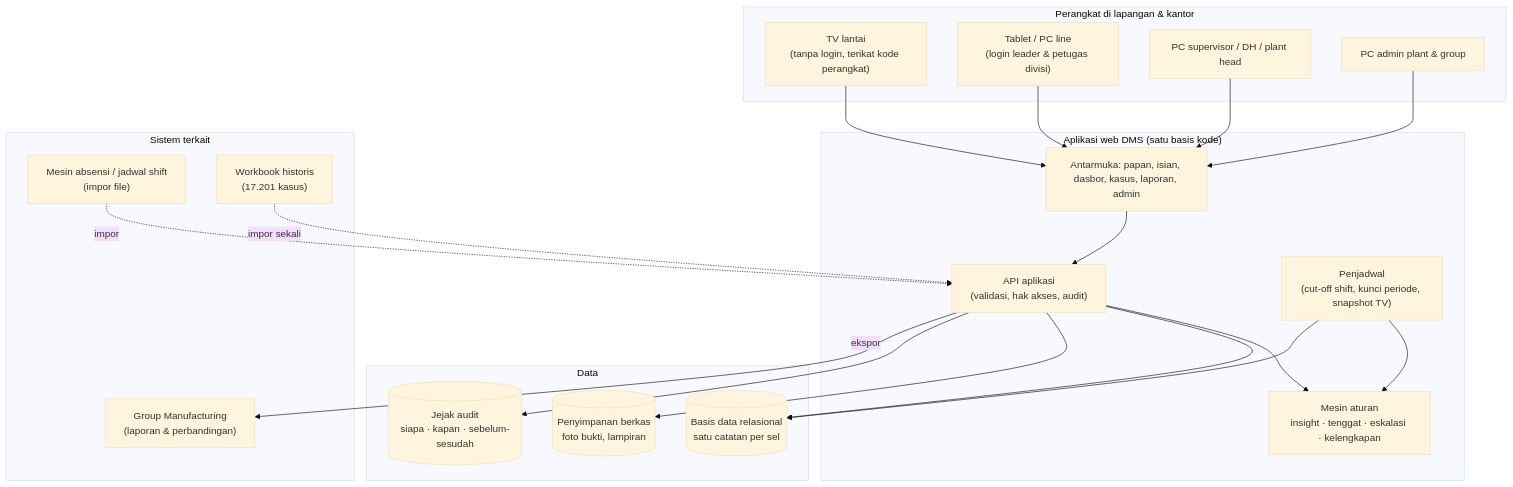
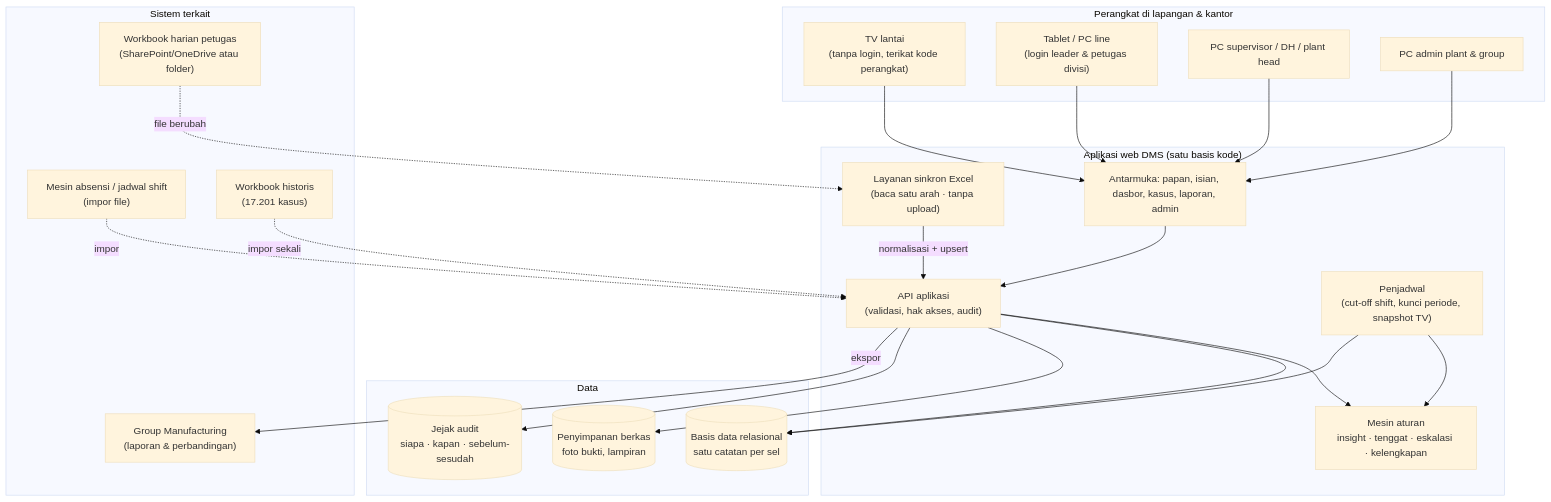
Before and after one commit to GalaxyDust/DailyMonitoringSystem_App: the first of 3 diagrams in docs/laporan/rancangan/02-RANCANGAN-APLIKASI.md, drawn with Mermaid (base theme). The commit also changed other lines of this file and 17 other files, not shown here.

First line of the commit message:
TV satu divisi per layar, absensi di awal, QR satu pintu, dan sinkron Excel otomatis

````diff
--- a/docs/laporan/rancangan/02-RANCANGAN-APLIKASI.md
+++ b/docs/laporan/rancangan/02-RANCANGAN-APLIKASI.md
@@ -30,43 +30,47 @@
 ```mermaid
 flowchart TB
     subgraph Klien["Perangkat di lapangan & kantor"]
         TV["TV lantai<br/>(tanpa login, terikat kode perangkat)"]
         TAB["Tablet / PC line<br/>(login leader & petugas divisi)"]
         PC["PC supervisor / DH / plant head"]
         ADM["PC admin plant & group"]
     end
 
     subgraph App["Aplikasi web DMS (satu basis kode)"]
         UI["Antarmuka: papan, isian, dasbor, kasus, laporan, admin"]
         API["API aplikasi<br/>(validasi, hak akses, audit)"]
         RULE["Mesin aturan<br/>insight · tenggat · eskalasi · kelengkapan"]
         JOB["Penjadwal<br/>(cut-off shift, kunci periode, snapshot TV)"]
+        SYNC["Layanan sinkron Excel<br/>(baca satu arah · tanpa upload)"]
     end
 
     subgraph Data["Data"]
         DB[("Basis data relasional<br/>satu catatan per sel")]
         FILE[("Penyimpanan berkas<br/>foto bukti, lampiran")]
         AUD[("Jejak audit<br/>siapa · kapan · sebelum-sesudah")]
     end
 
     subgraph Luar["Sistem terkait"]
         ABS["Mesin absensi / jadwal shift<br/>(impor file)"]
         XLS["Workbook historis<br/>(17.201 kasus)"]
+        XLSL["Workbook harian petugas<br/>(SharePoint/OneDrive atau folder)"]
         GRP["Group Manufacturing<br/>(laporan & perbandingan)"]
     end
 
     TV --> UI
     TAB --> UI
     PC --> UI
     ADM --> UI
     UI --> API
     API --> RULE
     API --> DB
     API --> FILE
     API --> AUD
     JOB --> RULE
     JOB --> DB
     API -->|ekspor| GRP
     ABS -.impor.-> API
     XLS -.impor sekali.-> API
+    XLSL -.->|file berubah| SYNC
+    SYNC -->|normalisasi + upsert| API
 ```
````
